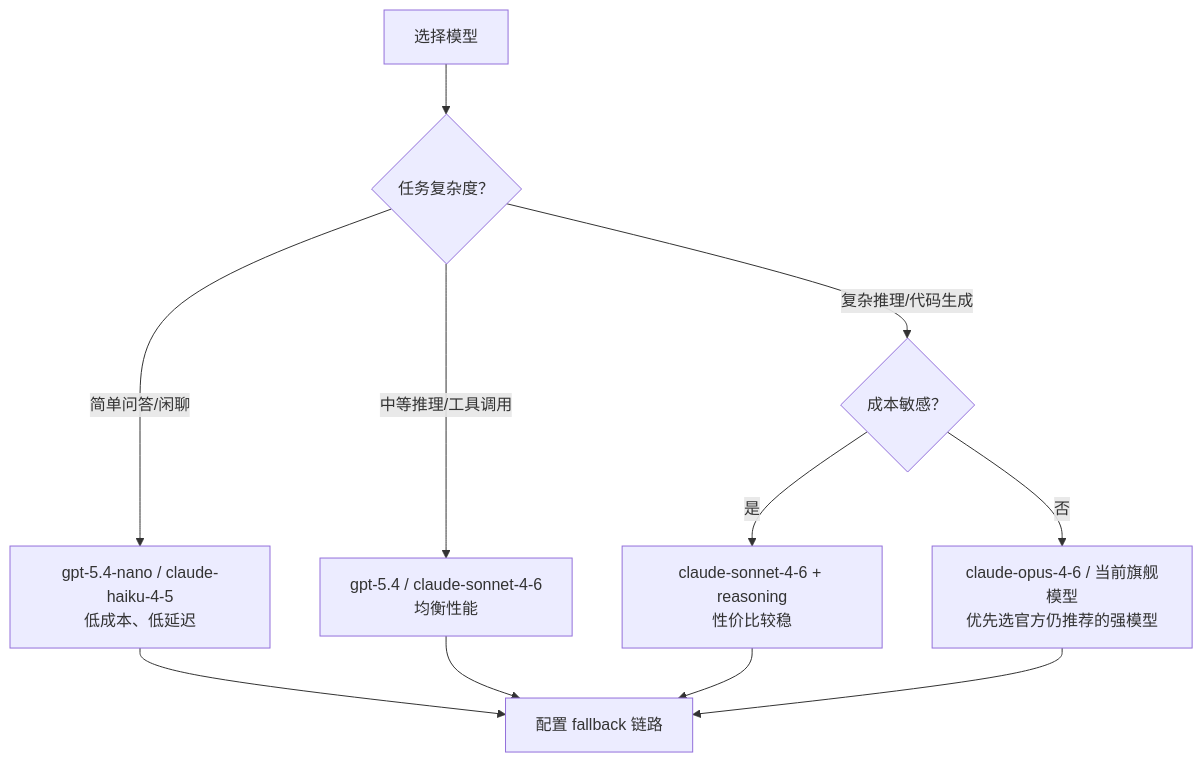
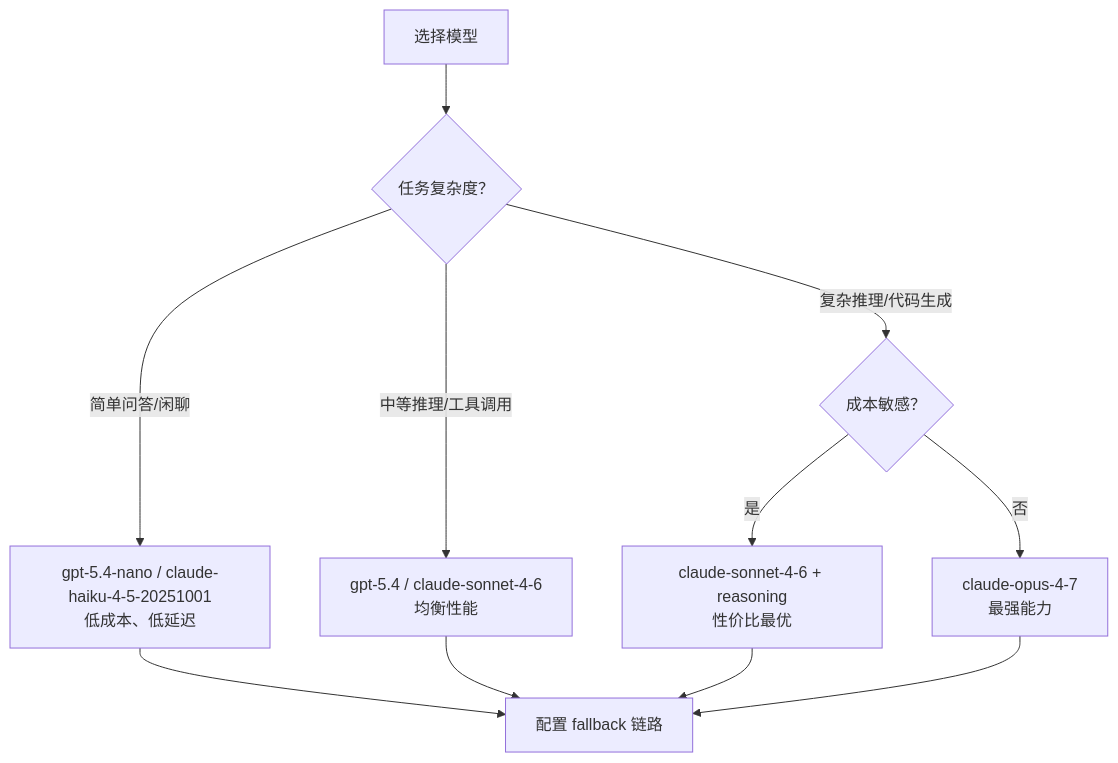
One commit to yeasy/openclaw_guide changed the diagram in 04_config_models/4.3_model_selection.md. Above: the diagram before and after it, drawn with Mermaid. The commit also changed other lines of this file and 13 other files, not shown here.

````diff
--- a/04_config_models/4.3_model_selection.md
+++ b/04_config_models/4.3_model_selection.md
@@ -30,13 +30,13 @@
 ```mermaid
 flowchart TD
     Start["选择模型"] --> Q1{"任务复杂度？"}
-    Q1 -->|"简单问答/闲聊"| M1["gpt-5.4-nano / claude-haiku-4-5<br/>低成本、低延迟"]
+    Q1 -->|"简单问答/闲聊"| M1["gpt-5.4-nano / claude-haiku-4-5-20251001<br/>低成本、低延迟"]
     Q1 -->|"中等推理/工具调用"| M2["gpt-5.4 / claude-sonnet-4-6<br/>均衡性能"]
     Q1 -->|"复杂推理/代码生成"| Q2{"成本敏感？"}
-    Q2 -->|"是"| M3["claude-sonnet-4-6 + reasoning<br/>性价比较稳"]
-    Q2 -->|"否"| M4["claude-opus-4-6 / 当前旗舰模型<br/>优先选官方仍推荐的强模型"]
+    Q2 -->|"是"| M3["claude-sonnet-4-6 + reasoning<br/>性价比最优"]
+    Q2 -->|"否"| M4["claude-opus-4-7<br/>最强能力"]
     M1 --> FB["配置 fallback 链路"]
     M2 --> FB
     M3 --> FB
     M4 --> FB
 ```
````
